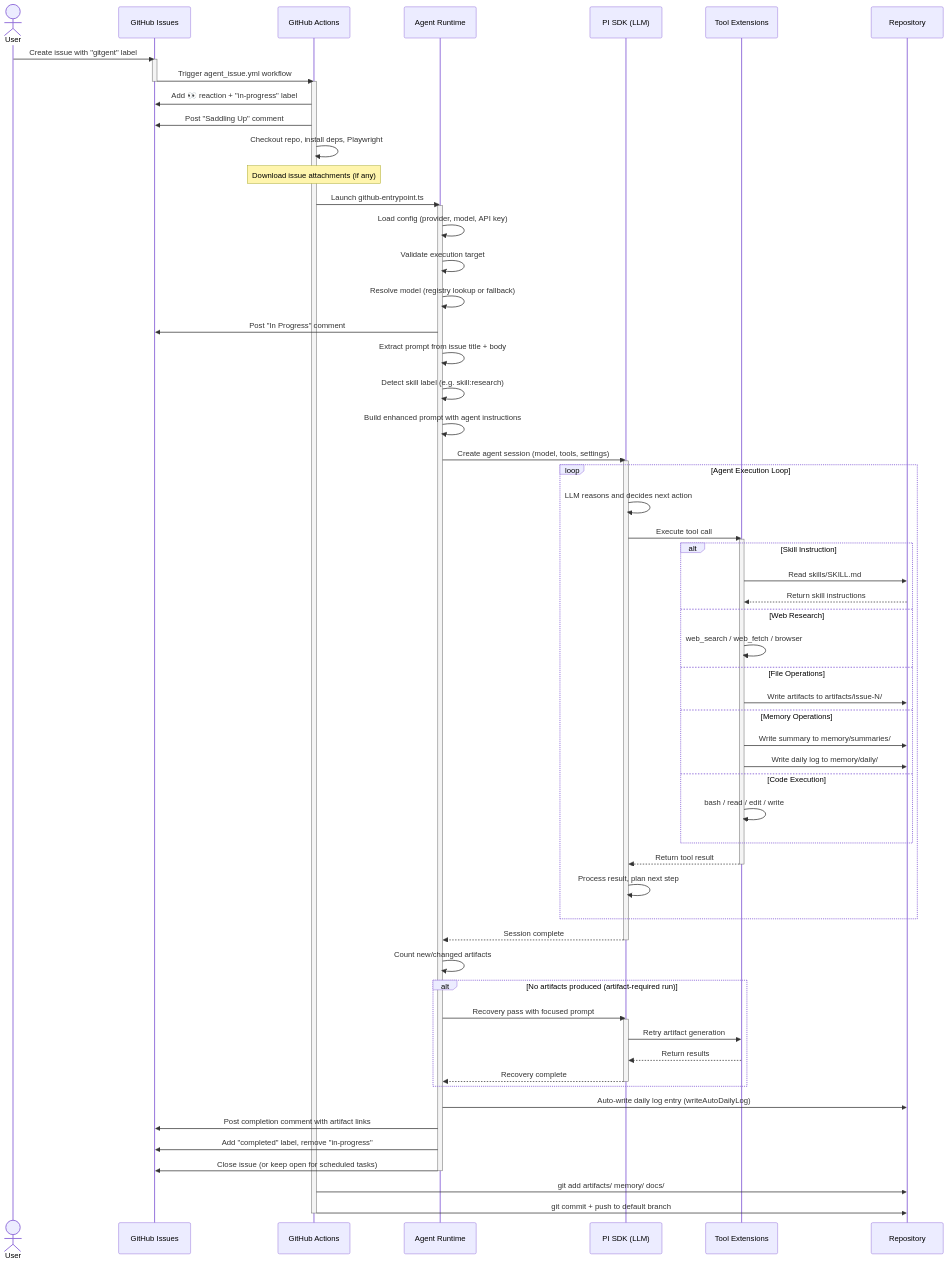
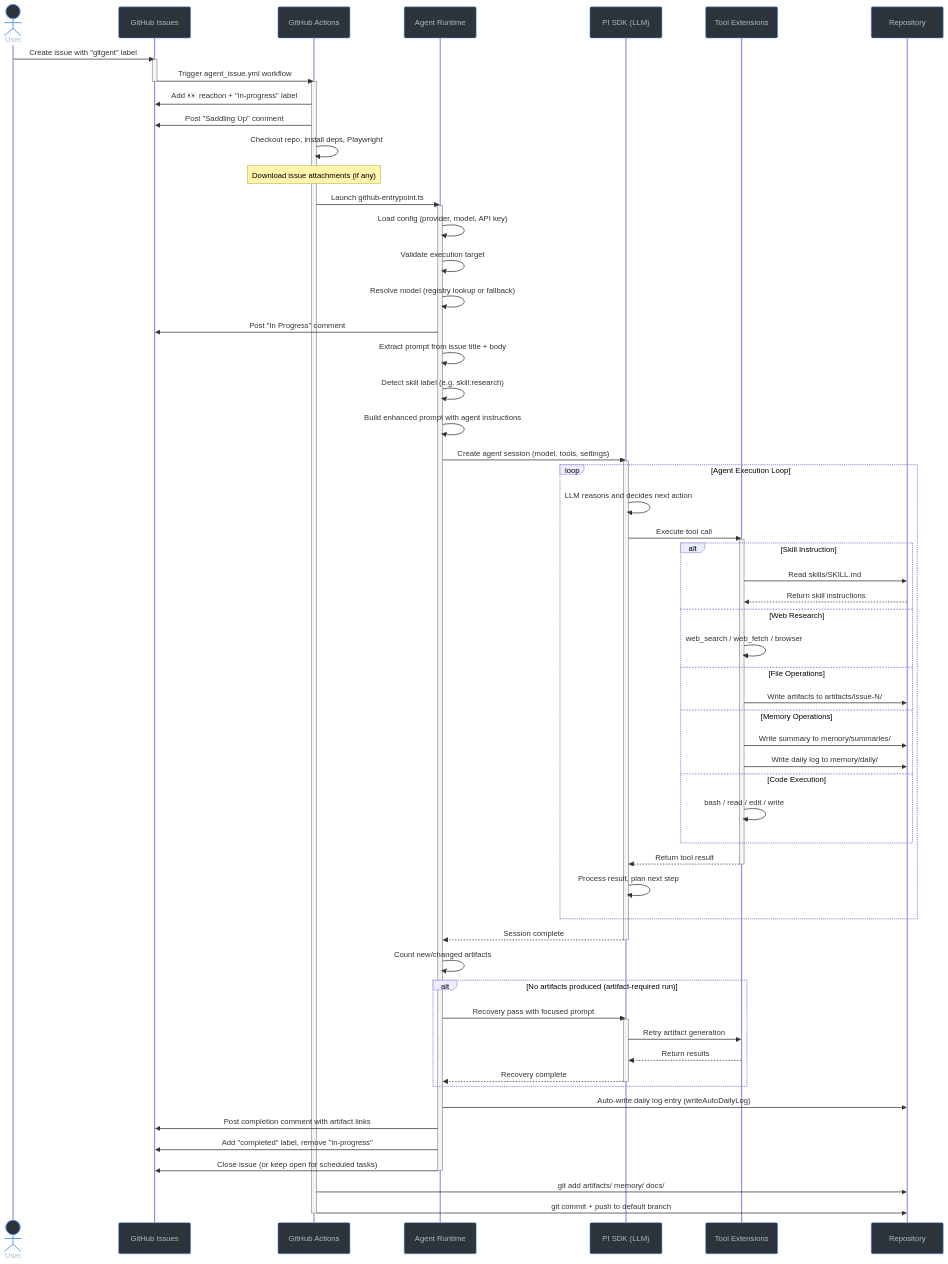
The second of 2 diagrams in README.md (supercheck-io/gitgent), drawn with Mermaid before and after one commit. The commit also changed other lines of this file, not shown here.

````diff
--- a/README.md
+++ b/README.md
@@ -74,4 +73,5 @@
 ```mermaid
+%%{init: {'themeVariables': {'actorBkg': '#2d333b', 'actorBorder': '#539bf5', 'actorTextColor': '#adbac7'}}}%%
 sequenceDiagram
     actor User
     participant GH as GitHub Issues
````
